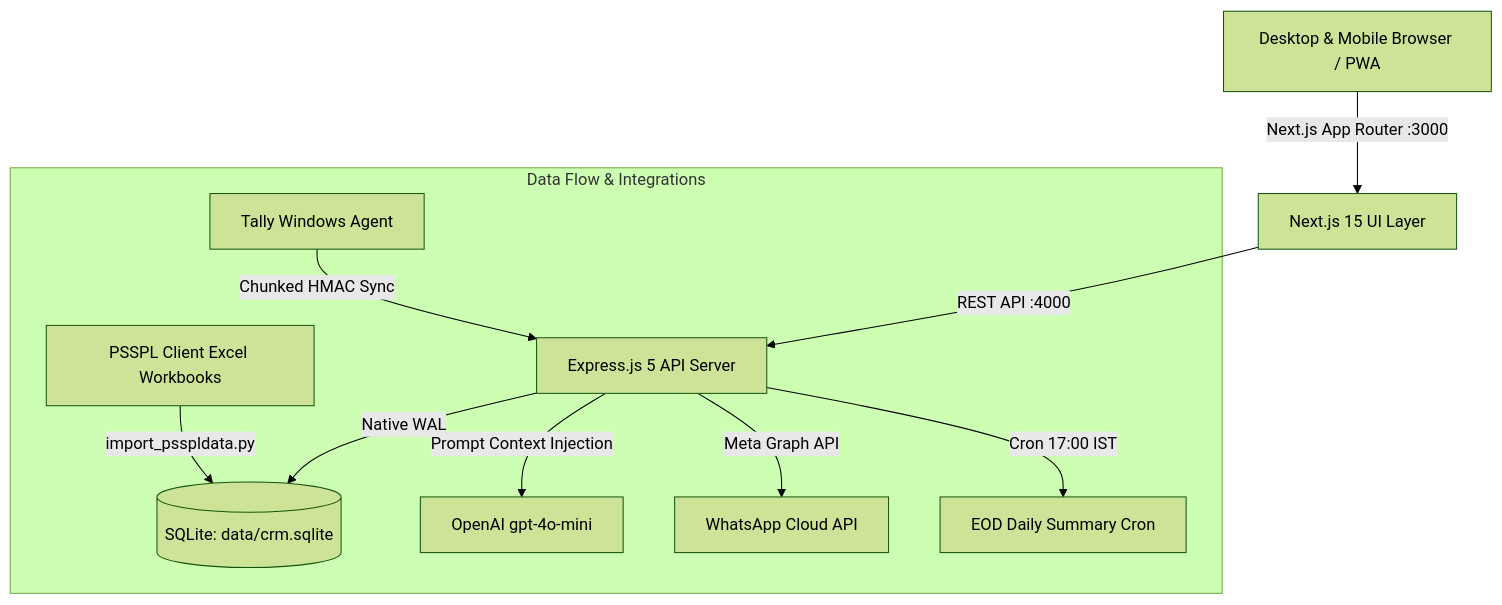
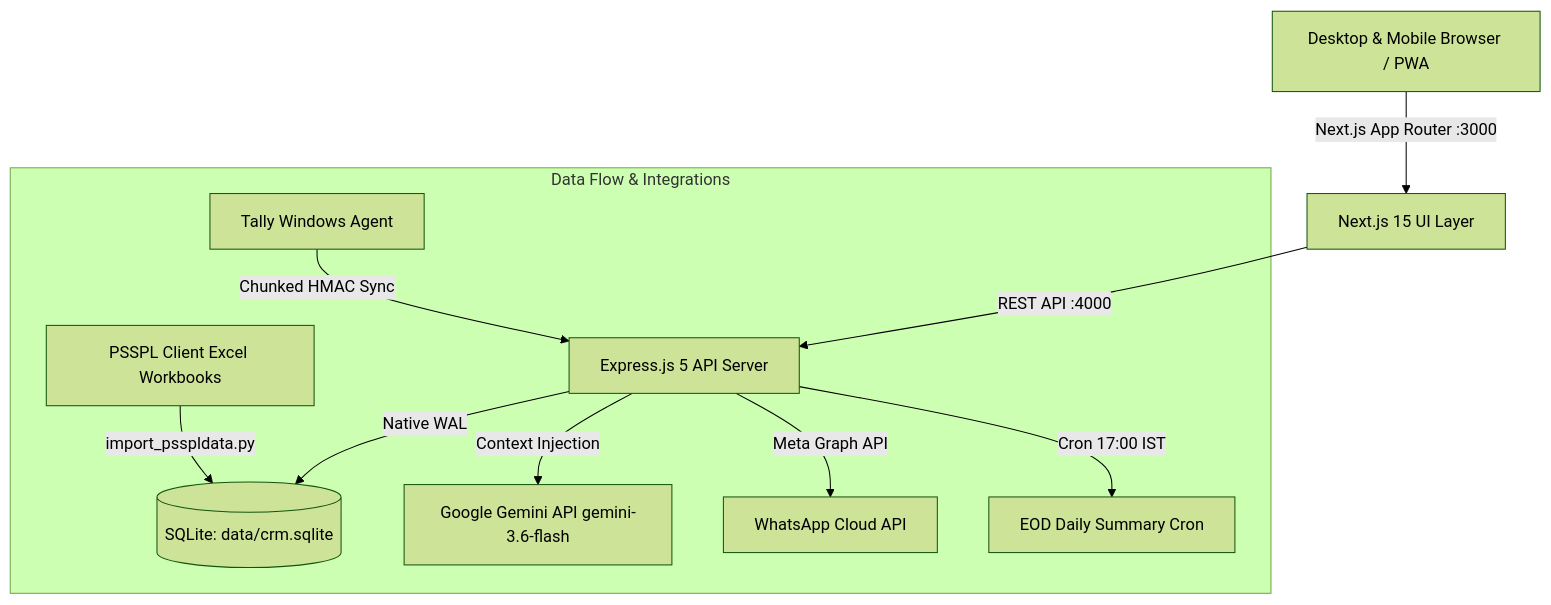
One commit to DeepakSingh-gh/psspl changed the diagram in ARCHITECTURE.md. Above: the diagram before and after it, drawn with Mermaid (forest theme). The commit also changed other lines of this file and 17 other files, not shown here.

````diff
--- a/ARCHITECTURE.md
+++ b/ARCHITECTURE.md
@@ -9,14 +9,14 @@
 ```mermaid
 graph TD
     ClientBrowser[Desktop & Mobile Browser / PWA] -->|Next.js App Router :3000| Frontend[Next.js 15 UI Layer]
     Frontend -->|REST API :4000| Backend[Express.js 5 API Server]
     Backend -->|Native WAL| DB[(SQLite: data/crm.sqlite)]
     
     subgraph Data Flow & Integrations
-        Backend -->|Prompt Context Injection| OpenAI[OpenAI gpt-4o-mini]
+        Backend -->|Context Injection| Gemini[Google Gemini API gemini-3.6-flash]
         Backend -->|Meta Graph API| WhatsApp[WhatsApp Cloud API]
         Backend -->|Cron 17:00 IST| EODService[EOD Daily Summary Cron]
         TallyAgent[Tally Windows Agent] -->|Chunked HMAC Sync| Backend
         ExcelWorkbooks[PSSPL Client Excel Workbooks] -->|import_psspldata.py| DB
     end
 ```
````
